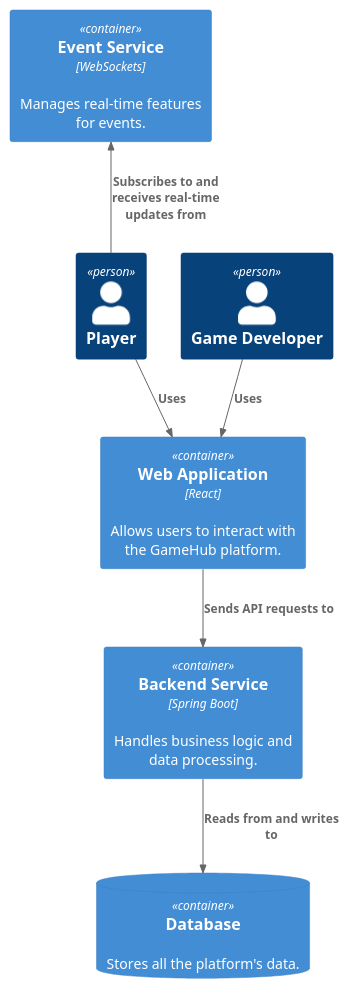
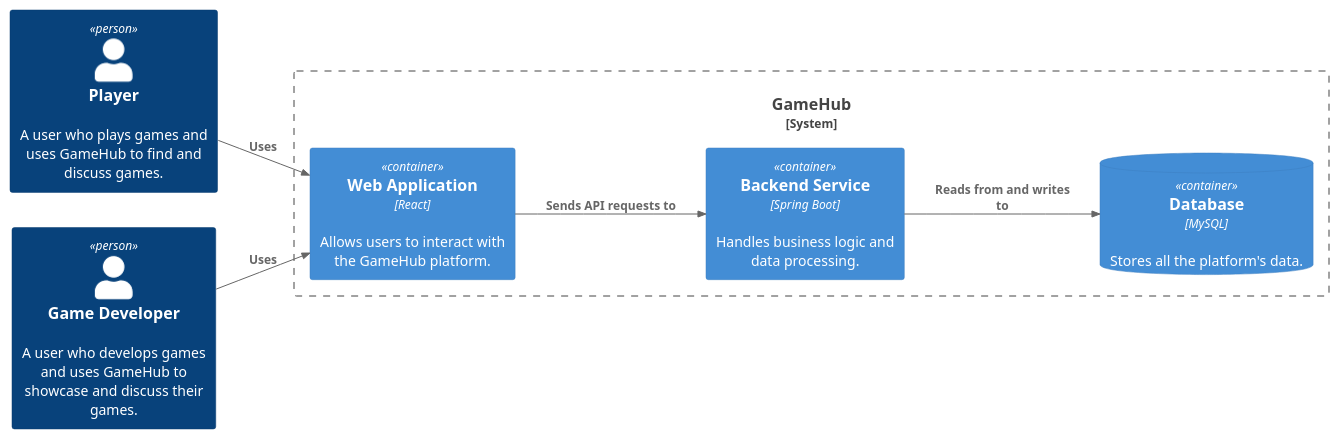
The diagram in Documentation/C2_Diagram.puml (MihaiCatalin22/GameHubBE), drawn with PlantUML before and after one commit. The commit also changed 9 other files, not shown here.

```diff
--- a/Documentation/C2_Diagram.puml
+++ b/Documentation/C2_Diagram.puml
@@ -1,16 +1,21 @@
 @startuml GameHub-Container
 !includeurl https://raw.githubusercontent.com/plantuml-stdlib/C4-PlantUML/master/C4_Container.puml
 
-Person(player, "Player")
-Person(gameDeveloper, "Game Developer")
-Container(webApp, "Web Application", "React", "Allows users to interact with the GameHub platform.")
-ContainerDb(database, "Database", "", "Stores all the platform's data.")
-Container(backendService, "Backend Service", "Spring Boot", "Handles business logic and data processing.")
-Container(eventService, "Event Service", "WebSockets", "Manages real-time features for events.")
+left to right direction
+
+System_Boundary(gamehub, "GameHub") {
+    Container(webApp, "Web Application", "React", "Allows users to interact with the GameHub platform.")
+    Container(backendService, "Backend Service", "Spring Boot", "Handles business logic and data processing.")
+    ContainerDb(database, "Database", "MySQL", "Stores all the platform's data.")
+}
+
+Person(player, "Player", "A user who plays games and uses GameHub to find and discuss games.")
+Person(gameDeveloper, "Game Developer", "A user who develops games and uses GameHub to showcase and discuss their games.")
 
 Rel(player, webApp, "Uses")
 Rel(gameDeveloper, webApp, "Uses")
 Rel(webApp, backendService, "Sends API requests to")
 Rel(backendService, database, "Reads from and writes to")
-Rel_U(player, eventService, "Subscribes to and receives real-time updates from")
+
+
 @enduml
```
